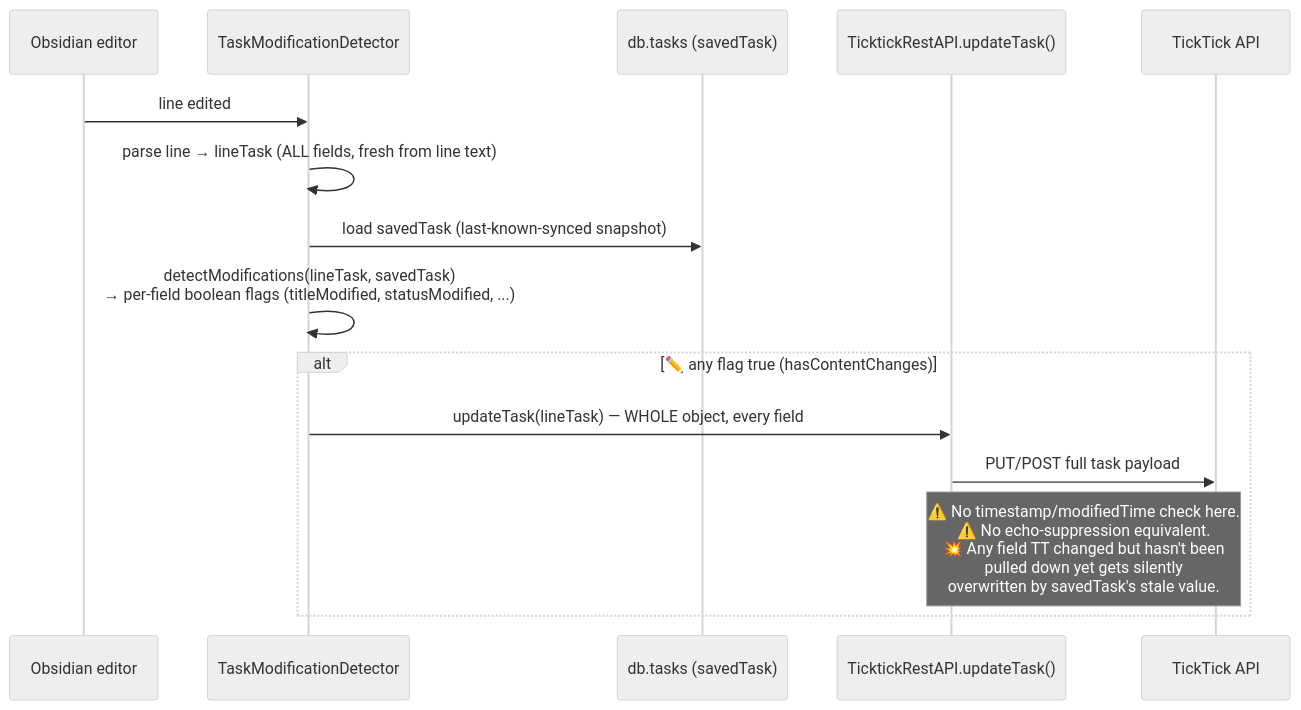
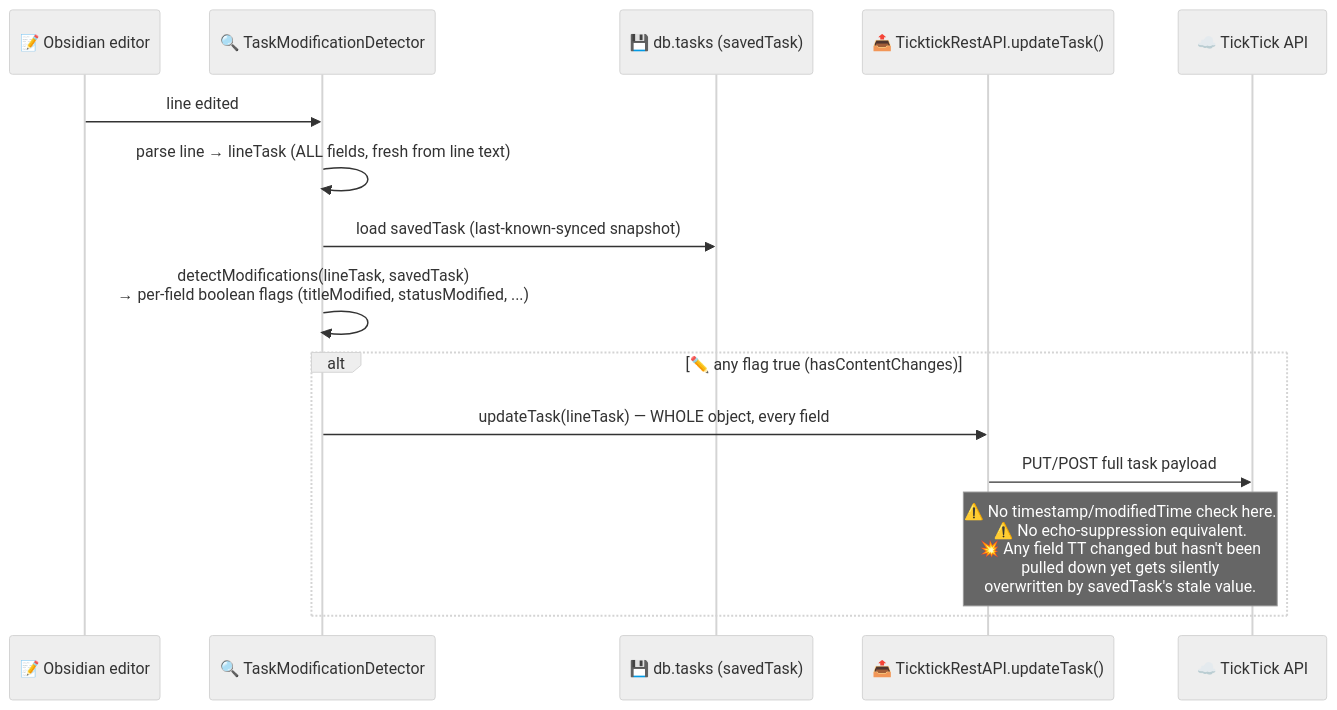
The third of 4 diagrams in docs/sync-logic.md (dbarnett/TickTickSync), drawn with Mermaid (neutral theme) before and after one commit. The commit also changed other lines of this file and 3 other files, not shown here.

````diff
--- a/docs/sync-logic.md
+++ b/docs/sync-logic.md
@@ -74,18 +76,18 @@
 ```mermaid
 sequenceDiagram
-    participant Editor as Obsidian editor
-    participant TMD as TaskModificationDetector
-    participant Dexie as db.tasks (savedTask)
-    participant API as TicktickRestAPI.updateTask()
-    participant TT as TickTick API
+    participant Editor as 📝 Obsidian editor
+    participant TMD as 🔍 TaskModificationDetector
+    participant Dexie as 💾 db.tasks (savedTask)
+    participant API as 📤 TicktickRestAPI.updateTask()
+    participant TT as ☁️ TickTick API
 
     Editor->>TMD: line edited
     TMD->>TMD: parse line → lineTask (ALL fields, fresh from line text)
     TMD->>Dexie: load savedTask (last-known-synced snapshot)
     TMD->>TMD: detectModifications(lineTask, savedTask)<br/>→ per-field boolean flags (titleModified, statusModified, ...)
     alt ✏️ any flag true (hasContentChanges)
         TMD->>API: updateTask(lineTask) — WHOLE object, every field
         API->>TT: PUT/POST full task payload
         Note over API,TT: ⚠️ No timestamp/modifiedTime check here.<br/>⚠️ No echo-suppression equivalent.<br/>💥 Any field TT changed but hasn't been<br/>pulled down yet gets silently<br/>overwritten by savedTask's stale value.
     end
 ```
````
